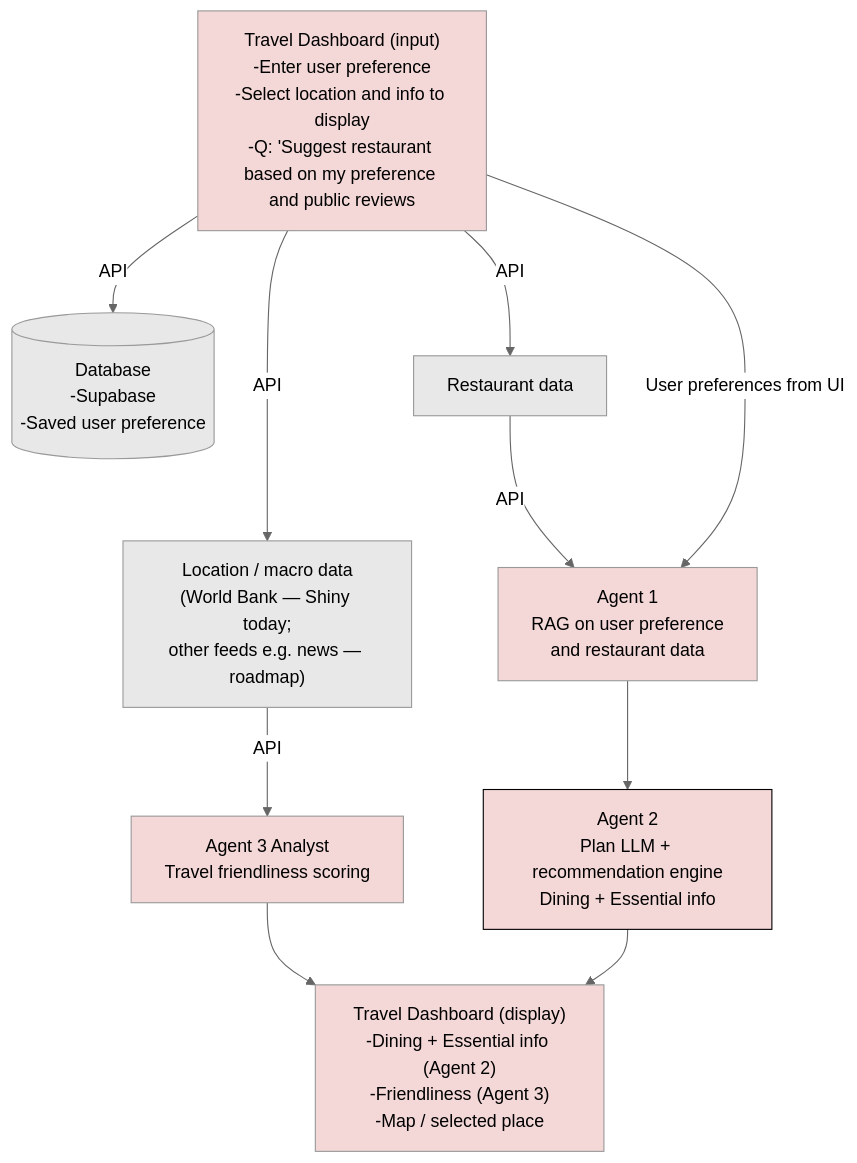
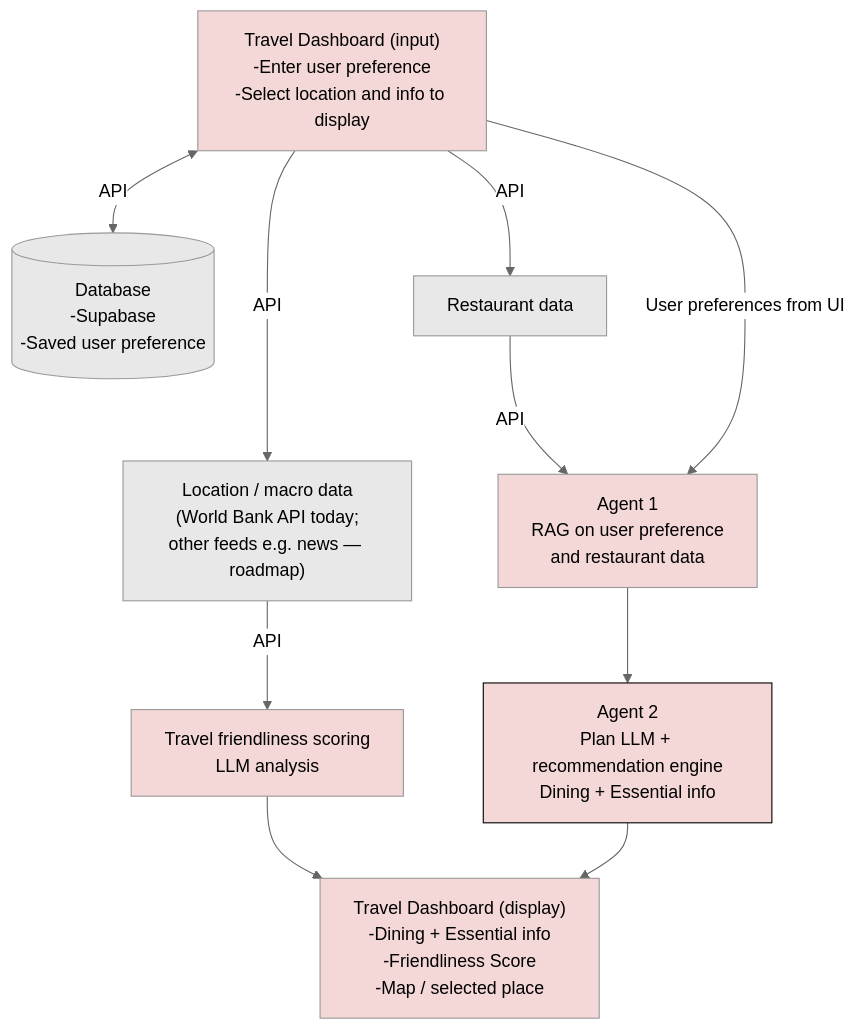
The first of 2 diagrams in docs/architecture.md (JanHsuanChu/TravelDashboard), drawn with Mermaid (neutral theme) before and after one commit.

Commit message:
Update architecture diagram for clarity and accuracy

````diff
--- a/docs/architecture.md
+++ b/docs/architecture.md
@@ -7,31 +7,31 @@
 ```mermaid
 ---
 config:
   layout: dagre
 ---
 flowchart TB
-    Dashboard@{ label: "Travel Dashboard (input)<br>-Enter user preference<br>-Select location and info to display<br>-Q: 'Suggest restaurant based on my preference and public reviews" } -- API --> Database[("Database<br>-Supabase<br>-Saved user preference")]
-    Agent2["Agent 3 Analyst<br>Travel friendliness scoring"] --> SummaryReport["Travel Dashboard (display)<br>-Dining + Essential info (Agent 2)<br>-Friendliness (Agent 3)<br>-Map / selected place"]
+    Dashboard@{ label: "Travel Dashboard (input)<br>-Enter user preference<br>-Select location and info to display" } <-- API --> Database[("Database<br>-Supabase<br>-Saved user preference")]
+    Agent2["Travel friendliness scoring<br>LLM analysis"] --> SummaryReport["Travel Dashboard (display)<br>-Dining + Essential info<br>-Friendliness Score<br>-Map / selected place"]
     Agent1["Agent 1<br>RAG on user preference<br>and restaurant data"] --> n1["Agent 2<br>Plan LLM + recommendation engine<br>Dining + Essential info"]
     n2["Restaurant data"] -- API --> Agent1
     Dashboard -->|User preferences from UI| Agent1
-    n3["Location / macro data<br>(World Bank — Shiny today;<br>other feeds e.g. news — roadmap)"] -- API --> Agent2
+    n3["Location / macro data<br>(World Bank API today;<br>other feeds e.g. news — roadmap)"] -- API --> Agent2
     n1 --> SummaryReport
     Dashboard -- API --> n3
     Dashboard -- API --> n2
 
     Dashboard@{ shape: rect}
     Agent2@{ shape: rect}
     n2@{ shape: rect}
     n3@{ shape: rect}
      n1:::Rose
     classDef Rose stroke-width:1px, stroke-dasharray:none, stroke:#FF5978, fill:#FFDFE5, color:#8E2236
     style Dashboard fill:#f4d7d7
     style Database fill:#e8e8e8
     style Agent2 fill:#f4d7d7
     style Agent1 fill:#f4d7d7
     style n1 stroke:#000000,color:#000000,fill:#f4d7d7
     style SummaryReport fill:#f4d7d7
     style n2 fill:#e8e8e8
     style n3 fill:#e8e8e8
 ```
````
